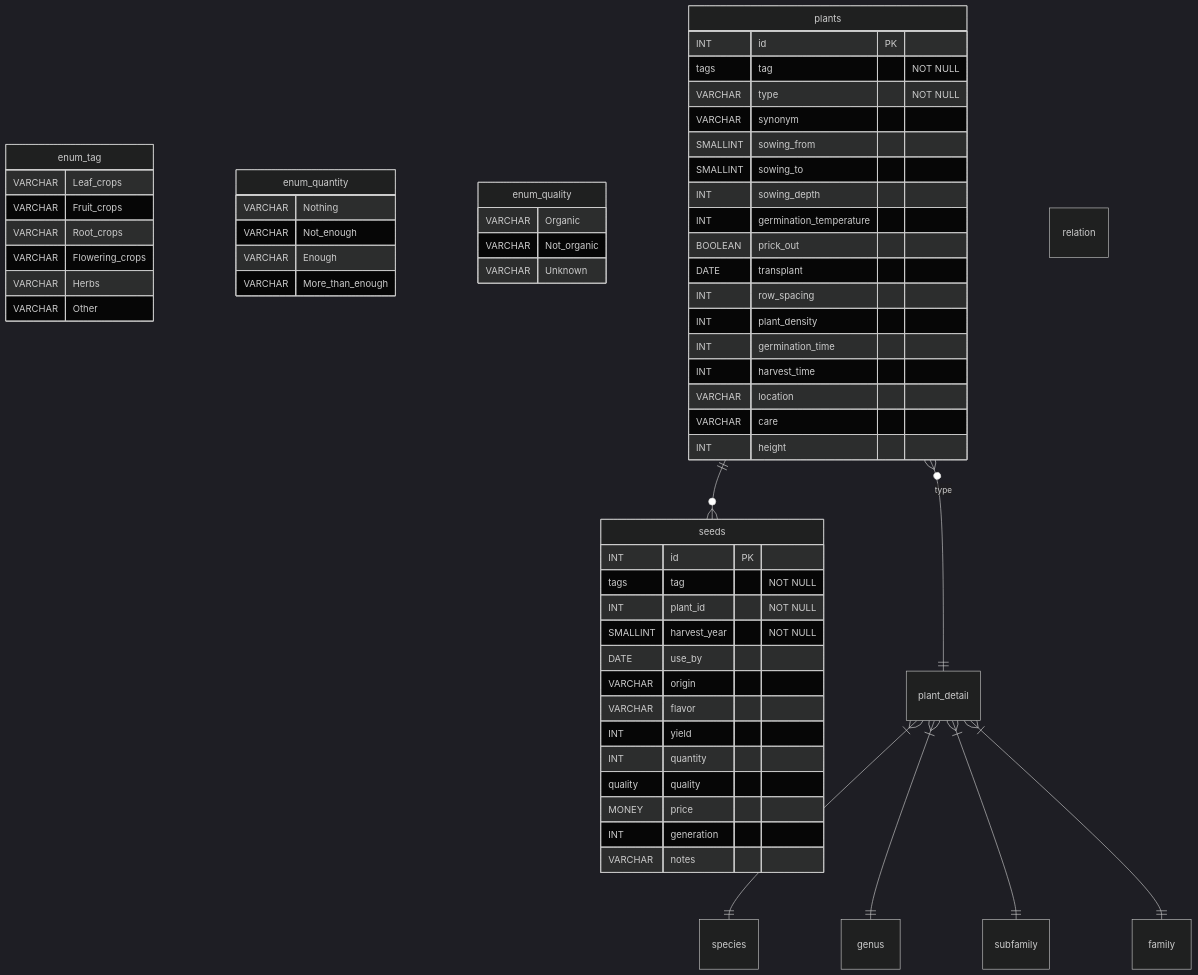
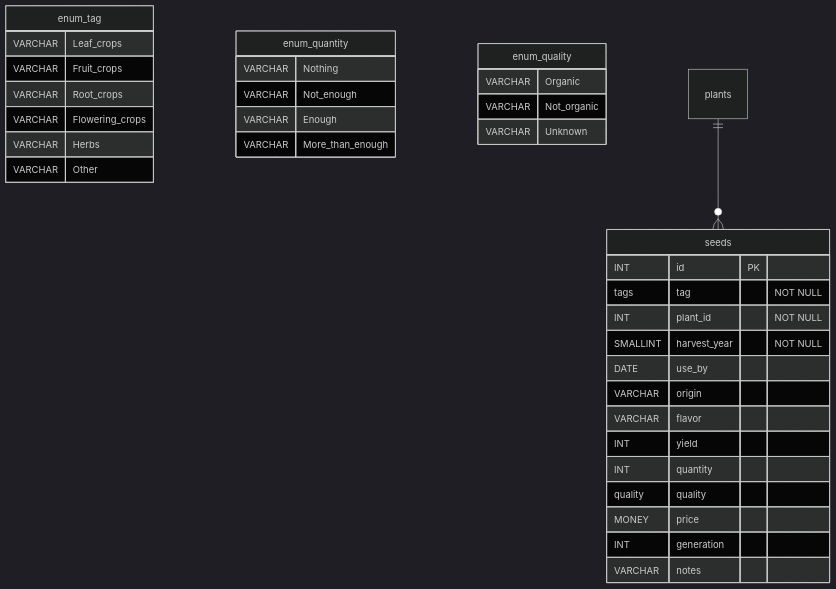
One commit to ElektraInitiative/PermaplanT changed the diagram in doc/architecture/database_schemata.md. Above: the diagram before and after it, drawn with Mermaid (dark theme). The commit also changed other lines of this file and 1 other file, not shown here.

Commit message:
update plants struct documentation

````diff
--- a/doc/architecture/database_schemata.md
+++ b/doc/architecture/database_schemata.md
@@ -9,80 +9,46 @@
 ```mermaid
 erDiagram
 
 enum_tag {
   VARCHAR Leaf_crops
   VARCHAR Fruit_crops
   VARCHAR Root_crops
   VARCHAR Flowering_crops
   VARCHAR Herbs
   VARCHAR Other
 }
 
 enum_quantity {
   VARCHAR Nothing
   VARCHAR Not_enough
   VARCHAR Enough
   VARCHAR More_than_enough
 }
 
 enum_quality {
   VARCHAR Organic
   VARCHAR Not_organic
   VARCHAR Unknown
 }
 
 seeds {
   INT id PK
   tags tag "NOT NULL"
   INT plant_id "NOT NULL"
   SMALLINT harvest_year "NOT NULL"
   DATE use_by
   VARCHAR origin
   VARCHAR flavor
   INT yield
   INT quantity
   quality quality
   MONEY price
   INT generation
   VARCHAR notes
 }
 
-plants {
-  INT id PK
-  tags tag "NOT NULL"
-  VARCHAR type "NOT NULL"
-  VARCHAR synonym
-  SMALLINT sowing_from
-  SMALLINT sowing_to
-  INT sowing_depth
-  INT germination_temperature
-  BOOLEAN prick_out
-  DATE transplant
-  INT row_spacing
-  INT plant_density
-  INT germination_time
-  INT harvest_time
-  VARCHAR location
-  VARCHAR care
-  INT height
-}
-
-plant_detail{}
-
-plants }o--|| plant_detail: "type"
+plants {}
 
 plants ||--o{ seeds : ""
 
-species{}
-genus{}
-subfamily{}
-family{}
-
-relation{}
-
-plant_detail }|--|| species : ""
-plant_detail }|--|| genus : ""
-plant_detail }|--|| subfamily : ""
-plant_detail }|--|| family : ""
-
 ```
````
